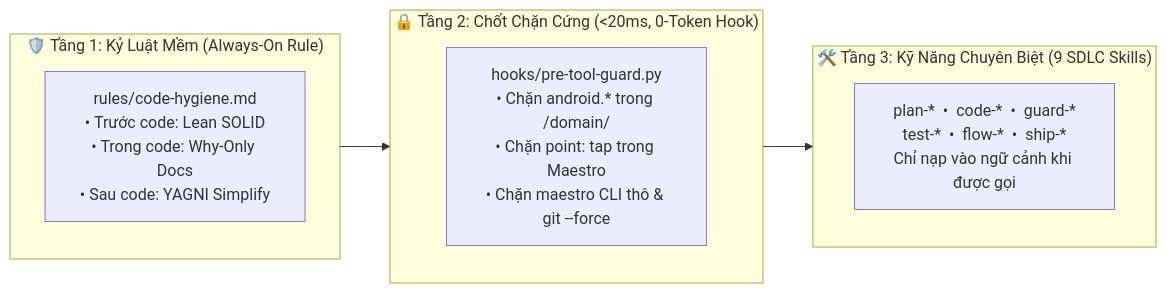
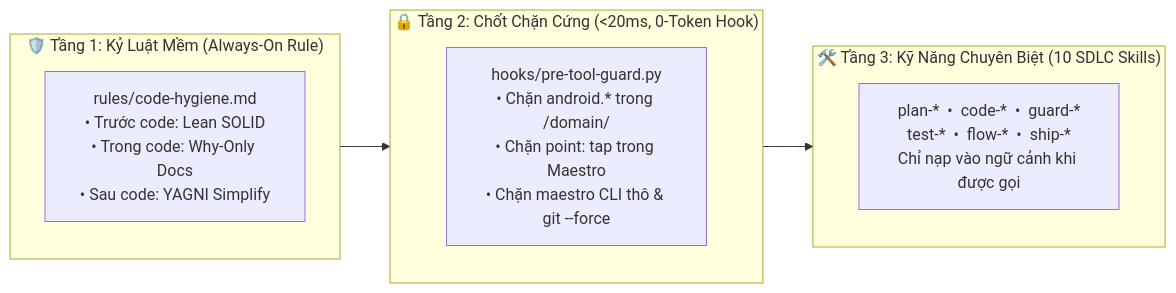
The first of 4 diagrams in README_VI.md (yukido0205/android-agentic-sdlc), drawn with Mermaid before and after one commit. The commit also changed other lines of this file and 1 other file, not shown here.

Commit message:
docs: document flow-task skill in architecture tables and command guides

````diff
--- a/README_VI.md
+++ b/README_VI.md
@@ -38,16 +38,16 @@
 ```mermaid
 flowchart LR
     subgraph L1["🛡️ Tầng 1: Kỷ Luật Mềm (Always-On Rule)"]
         R["rules/code-hygiene.md<br/>• Trước code: Lean SOLID<br/>• Trong code: Why-Only Docs<br/>• Sau code: YAGNI Simplify"]
     end
 
     subgraph L2["🔒 Tầng 2: Chốt Chặn Cứng (<20ms, 0-Token Hook)"]
         H["hooks/pre-tool-guard.py<br/>• Chặn android.* trong /domain/<br/>• Chặn point: tap trong Maestro<br/>• Chặn maestro CLI thô & git --force"]
     end
 
-    subgraph L3["🛠️ Tầng 3: Kỹ Năng Chuyên Biệt (9 SDLC Skills)"]
+    subgraph L3["🛠️ Tầng 3: Kỹ Năng Chuyên Biệt (10 SDLC Skills)"]
         S["plan-*  •  code-*  •  guard-*<br/>test-*  •  flow-*  •  ship-*<br/>Chỉ nạp vào ngữ cảnh khi được gọi"]
     end
 
     L1 --> L2 --> L3
 ```
````
